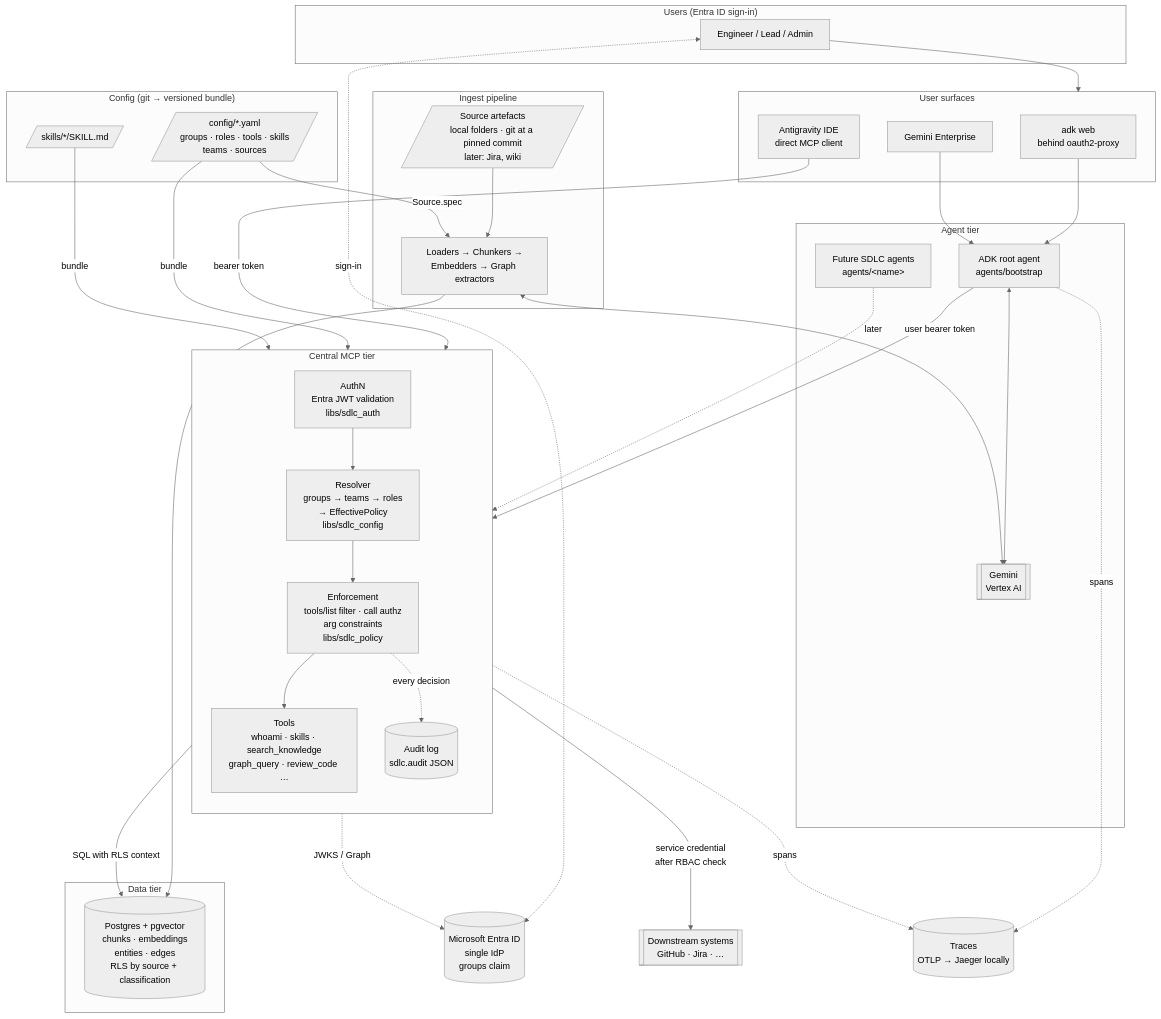
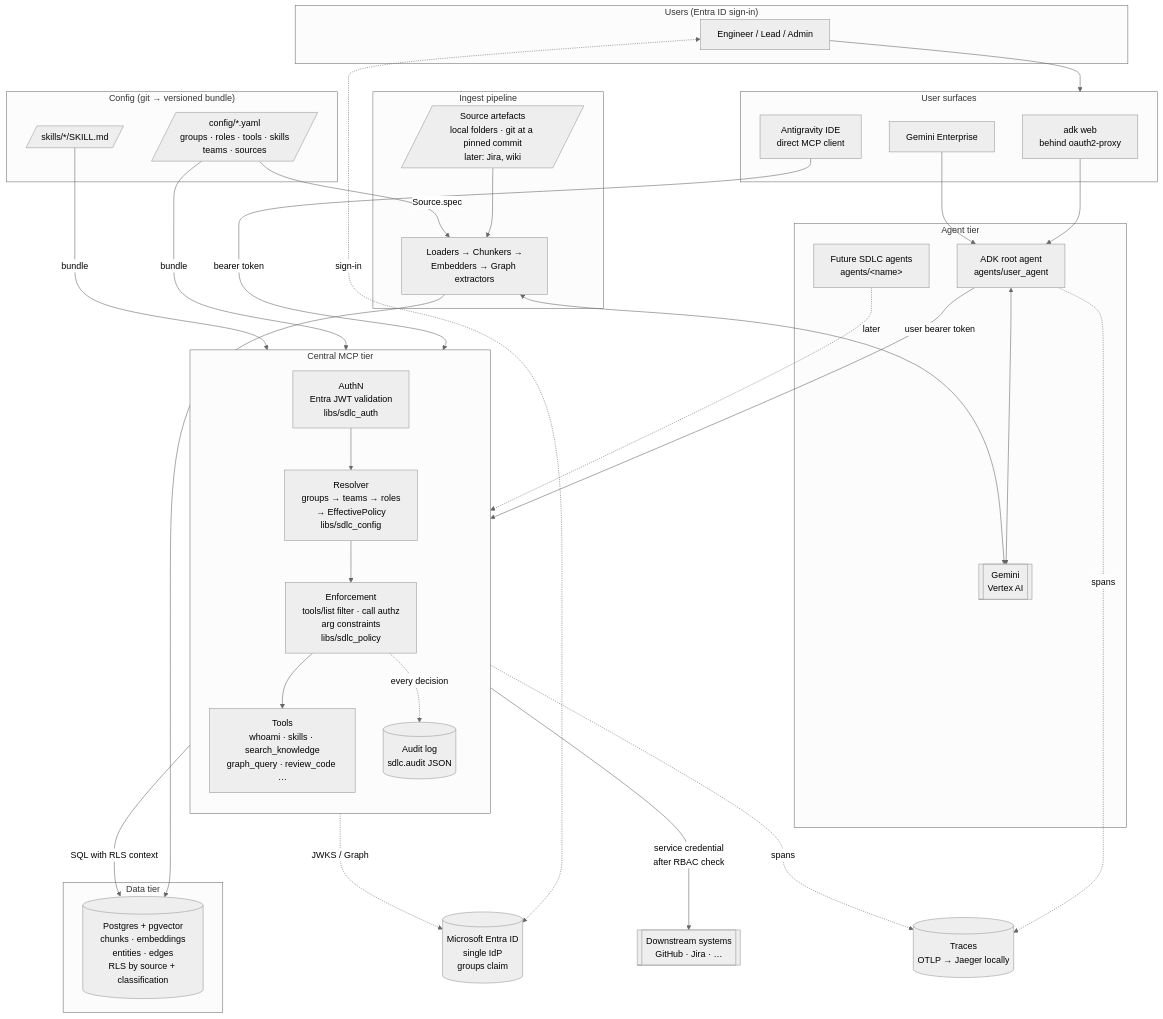
Before and after one commit to shaheenks/agentic-sdlc-core: the first of 6 diagrams in docs/ARCHITECTURE.md, drawn with Mermaid (neutral theme). The commit also changed other lines of this file and 53 other files, not shown here.

First line of the commit message:
Rename starter agent and MCP server: user_agent, core_mcp (N11)

````diff
--- a/docs/ARCHITECTURE.md
+++ b/docs/ARCHITECTURE.md
@@ -20,67 +20,67 @@
 ```mermaid
 flowchart TB
     subgraph Users["Users (Entra ID sign-in)"]
         U1[Engineer / Lead / Admin]
     end
 
     subgraph Surfaces["User surfaces"]
         S1[adk web<br/>behind oauth2-proxy]
         S2[Gemini Enterprise]
         S3[Antigravity IDE<br/>direct MCP client]
     end
 
     Entra[(Microsoft Entra ID<br/>single IdP<br/>groups claim)]
 
     subgraph AgentTier["Agent tier"]
-        A1[ADK root agent<br/>agents/bootstrap]
+        A1[ADK root agent<br/>agents/user_agent]
         A2[Future SDLC agents<br/>agents/&lt;name&gt;]
         LLM[[Gemini<br/>Vertex AI]]
     end
 
     subgraph ToolTier["Central MCP tier"]
         direction TB
         AUTH[AuthN<br/>Entra JWT validation<br/>libs/sdlc_auth]
         RES[Resolver<br/>groups → teams → roles<br/>→ EffectivePolicy<br/>libs/sdlc_config]
         ENF[Enforcement<br/>tools/list filter · call authz<br/>arg constraints<br/>libs/sdlc_policy]
         TOOLS[Tools<br/>whoami · skills · search_knowledge<br/>graph_query · review_code …]
         AUD[(Audit log<br/>sdlc.audit JSON)]
         AUTH --> RES --> ENF --> TOOLS
         ENF -. every decision .-> AUD
     end
 
     subgraph Data["Data tier"]
         PG[(Postgres + pgvector<br/>chunks · embeddings<br/>entities · edges<br/>RLS by source + classification)]
     end
 
     subgraph Ingest["Ingest pipeline"]
         I1[Loaders → Chunkers →<br/>Embedders → Graph extractors]
         SRC[/Source artefacts<br/>local folders · git at a pinned commit<br/>later: Jira, wiki/]
     end
 
     subgraph Config["Config (git → versioned bundle)"]
         CFG[/config/*.yaml<br/>groups · roles · tools · skills<br/>teams · sources/]
         SK[/skills/*/SKILL.md/]
     end
 
     DS[[Downstream systems<br/>GitHub · Jira · …]]
     OTEL[(Traces<br/>OTLP → Jaeger locally)]
 
     U1 --> Surfaces
     U1 <-. sign-in .-> Entra
     S1 --> A1
     S2 --> A1
     S3 -- "bearer token" --> AUTH
     A1 -- "user bearer token" --> AUTH
     A1 <--> LLM
     A2 -. later .-> AUTH
     AUTH -. JWKS / Graph .-> Entra
     TOOLS -- "SQL with RLS context" --> PG
     TOOLS -- "service credential<br/>after RBAC check" --> DS
     SRC --> I1 --> PG
     CFG -- bundle --> RES
     SK -- bundle --> TOOLS
     CFG -- Source.spec --> I1
     I1 <--> LLM
     A1 -. spans .-> OTEL
     TOOLS -. spans .-> OTEL
 ```
````
